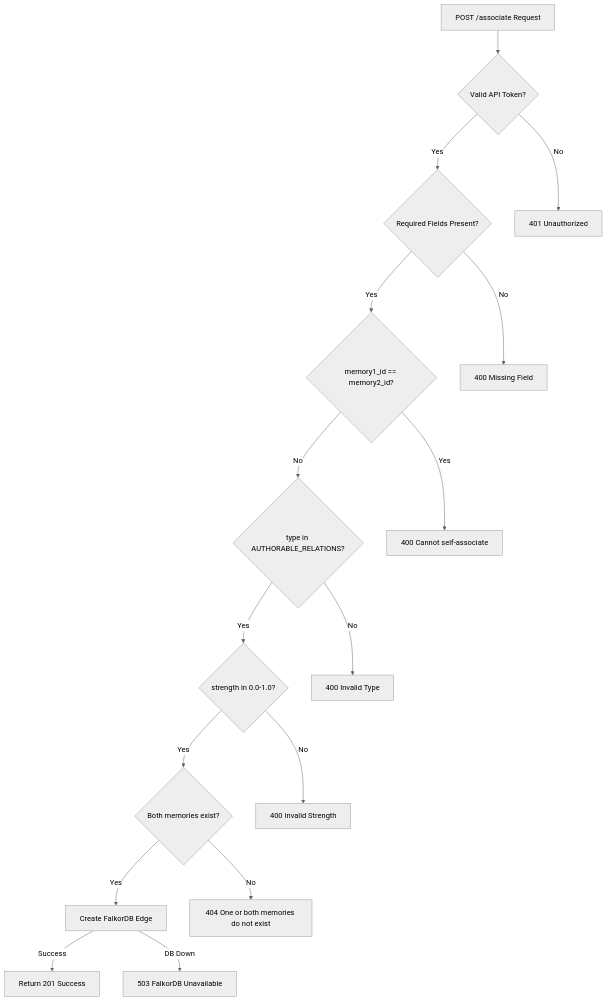
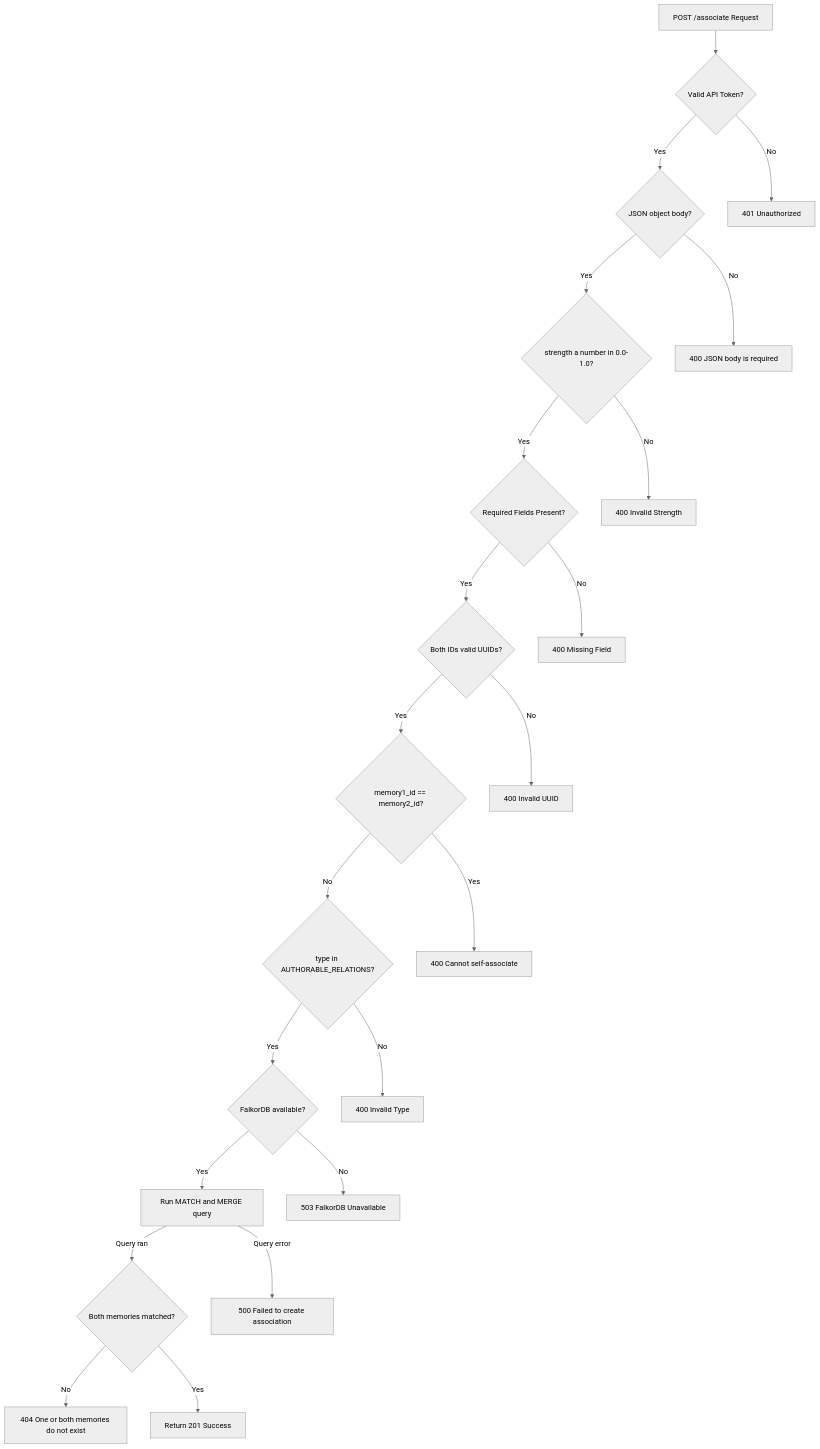
Before and after one commit to verygoodplugins/automem-website: the second of 5 diagrams in src/content/docs/docs/reference/api/relationships.md, drawn with Mermaid (neutral theme). The commit also changed other lines of this file and 1 other file, not shown here.

First line of the commit message:
docs: correct relationships validation order, error bodies and MCP batch mode (#427)

````diff
--- a/src/content/docs/docs/reference/api/relationships.md
+++ b/src/content/docs/docs/reference/api/relationships.md
@@ -232,36 +234,48 @@
 ```mermaid
 flowchart TD
     Request["POST /associate Request"]
     AuthCheck{"Valid API Token?"}
+    BodyCheck{"JSON object body?"}
+    StrengthCheck{"strength a number in 0.0-1.0?"}
     FieldCheck{"Required Fields Present?"}
+    UuidCheck{"Both IDs valid UUIDs?"}
     SelfCheck{"memory1_id == memory2_id?"}
     TypeCheck{"type in AUTHORABLE_RELATIONS?"}
-    StrengthCheck{"strength in 0.0-1.0?"}
-    MemoryCheck{"Both memories exist?"}
-    CreateEdge["Create FalkorDB Edge"]
+    GraphCheck{"FalkorDB available?"}
+    CreateEdge["Run MATCH and MERGE query"]
+    MemoryCheck{"Both memories matched?"}
     Success["Return 201 Success"]
 
     Err401["401 Unauthorized"]
+    Err400Body["400 JSON body is required"]
+    Err400Strength["400 Invalid Strength"]
     Err400Field["400 Missing Field"]
+    Err400Uuid["400 Invalid UUID"]
     Err400Self["400 Cannot self-associate"]
     Err400Type["400 Invalid Type"]
-    Err400Strength["400 Invalid Strength"]
+    Err503["503 FalkorDB Unavailable"]
+    Err500["500 Failed to create association"]
     Err404["404 One or both memories do not exist"]
-    Err503["503 FalkorDB Unavailable"]
 
     Request --> AuthCheck
     AuthCheck -->|No| Err401
-    AuthCheck -->|Yes| FieldCheck
+    AuthCheck -->|Yes| BodyCheck
+    BodyCheck -->|No| Err400Body
+    BodyCheck -->|Yes| StrengthCheck
+    StrengthCheck -->|No| Err400Strength
+    StrengthCheck -->|Yes| FieldCheck
     FieldCheck -->|No| Err400Field
-    FieldCheck -->|Yes| SelfCheck
+    FieldCheck -->|Yes| UuidCheck
+    UuidCheck -->|No| Err400Uuid
+    UuidCheck -->|Yes| SelfCheck
     SelfCheck -->|Yes| Err400Self
     SelfCheck -->|No| TypeCheck
     TypeCheck -->|No| Err400Type
-    TypeCheck -->|Yes| StrengthCheck
-    StrengthCheck -->|No| Err400Strength
-    StrengthCheck -->|Yes| MemoryCheck
+    TypeCheck -->|Yes| GraphCheck
+    GraphCheck -->|No| Err503
+    GraphCheck -->|Yes| CreateEdge
+    CreateEdge -->|Query error| Err500
+    CreateEdge -->|Query ran| MemoryCheck
     MemoryCheck -->|No| Err404
-    MemoryCheck -->|Yes| CreateEdge
-    CreateEdge -->|Success| Success
-    CreateEdge -->|DB Down| Err503
+    MemoryCheck -->|Yes| Success
 ```
````
